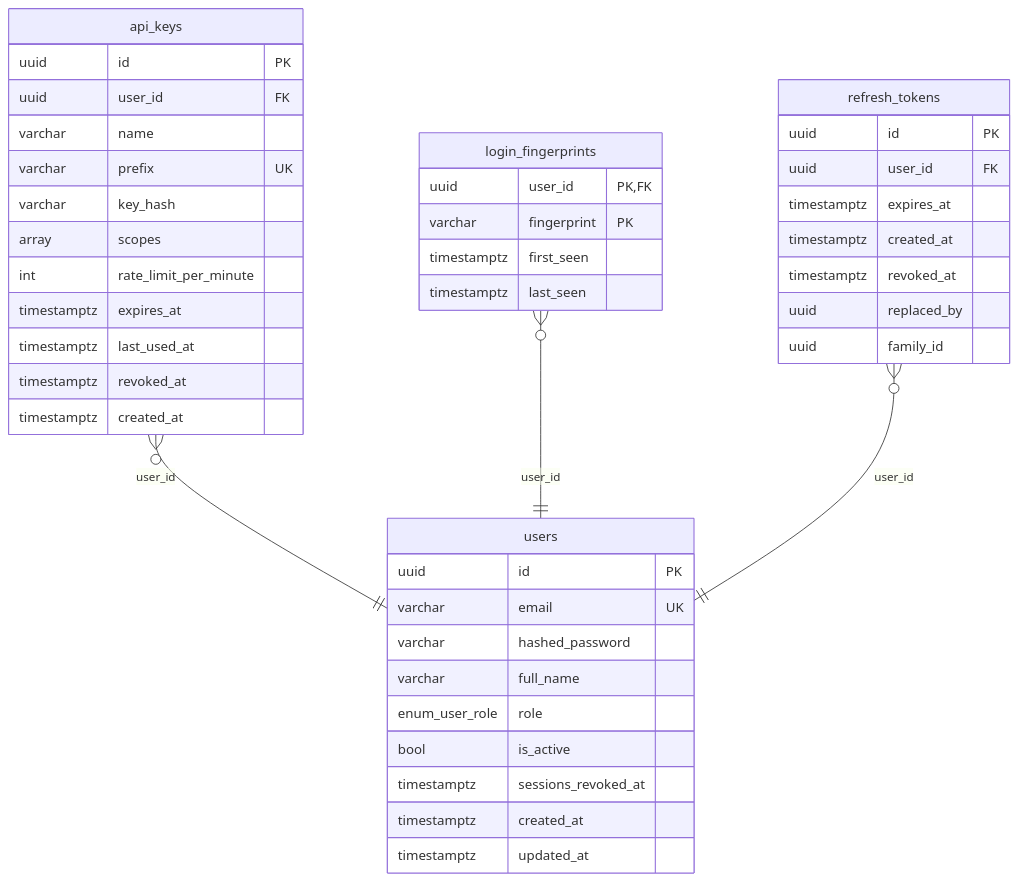
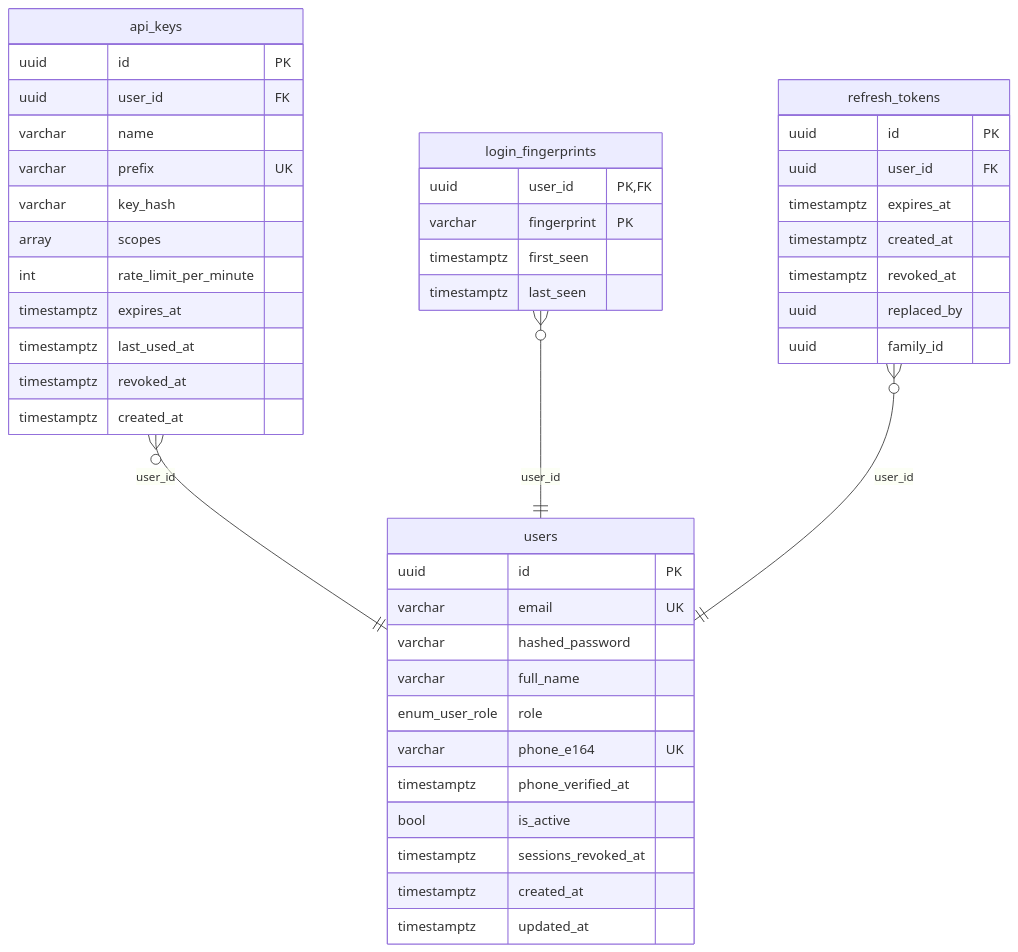
The diagram in docs/erd/mmd/auth.mmd (yazan-alsamman/ai-trading-analysis-system), drawn with Mermaid before and after one commit. The commit also changed 31 other files, not shown here.

```diff
--- a/docs/erd/mmd/auth.mmd
+++ b/docs/erd/mmd/auth.mmd
@@ -1,43 +1,45 @@
 erDiagram
     users {
         uuid id PK
         varchar email UK
         varchar hashed_password
         varchar full_name
         enum_user_role role
+        varchar phone_e164 UK
+        timestamptz phone_verified_at
         bool is_active
         timestamptz sessions_revoked_at
         timestamptz created_at
         timestamptz updated_at
     }
     refresh_tokens {
         uuid id PK
         uuid user_id FK
         timestamptz expires_at
         timestamptz created_at
         timestamptz revoked_at
         uuid replaced_by
         uuid family_id
     }
     api_keys {
         uuid id PK
         uuid user_id FK
         varchar name
         varchar prefix UK
         varchar key_hash
         array scopes
         int rate_limit_per_minute
         timestamptz expires_at
         timestamptz last_used_at
         timestamptz revoked_at
         timestamptz created_at
     }
     login_fingerprints {
         uuid user_id PK, FK
         varchar fingerprint PK
         timestamptz first_seen
         timestamptz last_seen
     }
     api_keys }o--|| users : "user_id"
     login_fingerprints }o--|| users : "user_id"
     refresh_tokens }o--|| users : "user_id"
```
